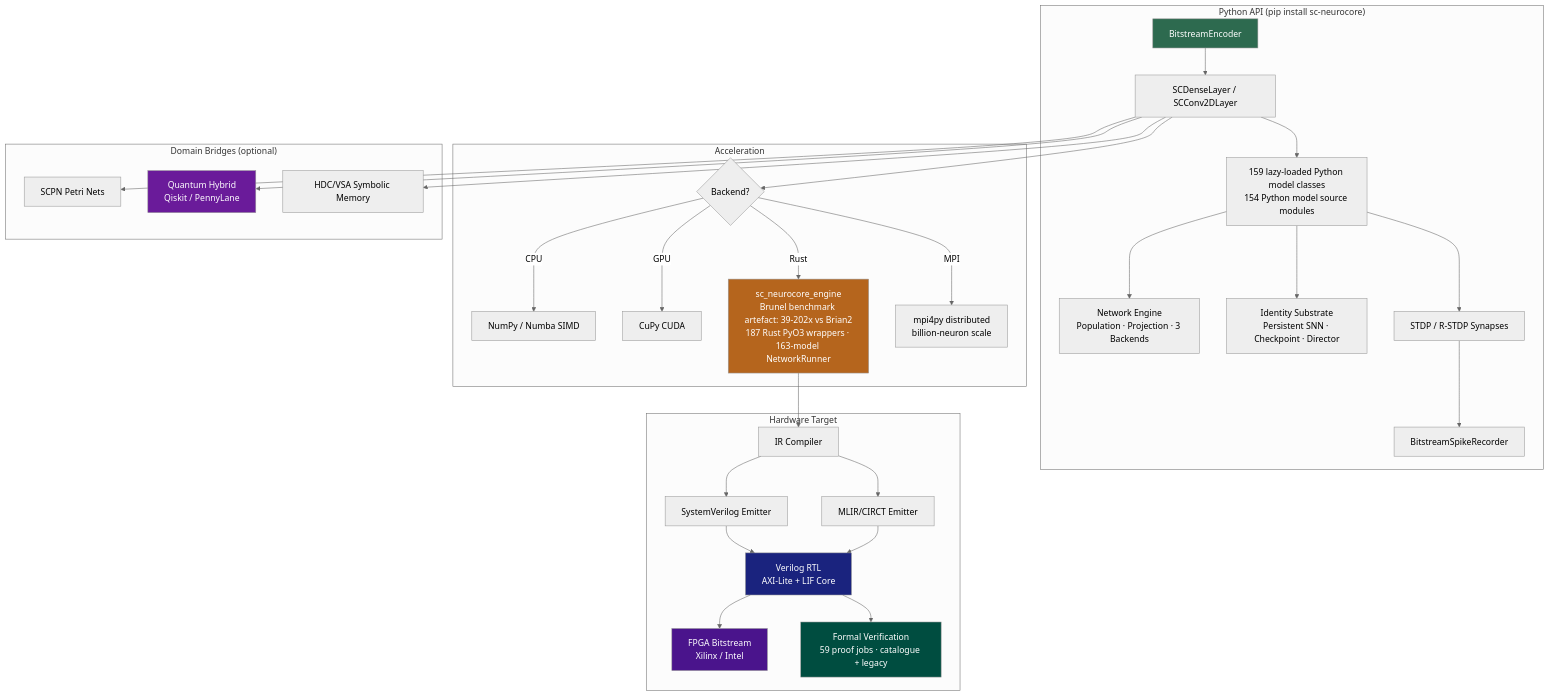
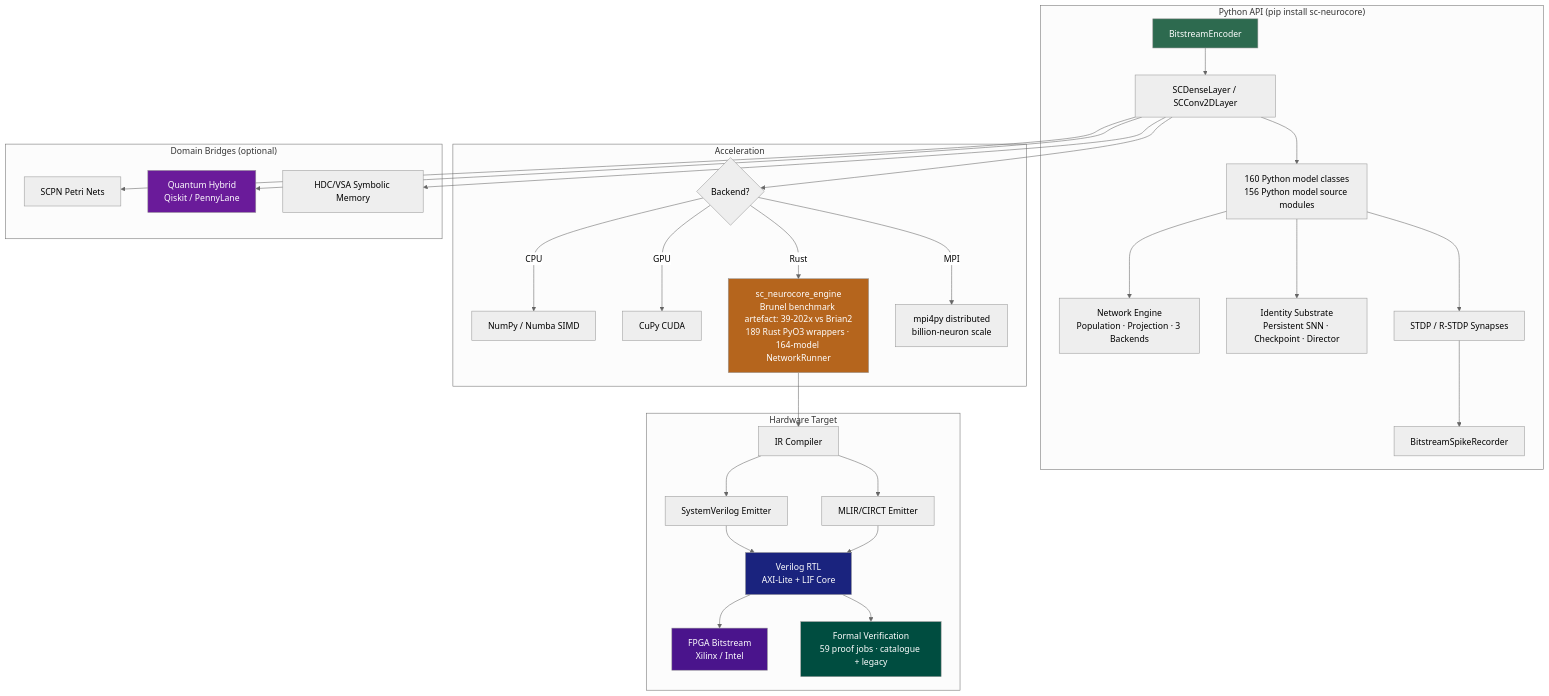
The diagram in README.md (anulum/sc-neurocore), drawn with Mermaid (neutral theme) before and after one commit. The commit also changed other lines of this file and 84 other files, not shown here.

````diff
--- a/README.md
+++ b/README.md
@@ -367,42 +367,42 @@
 ```mermaid
 graph TD
     subgraph "Python API (pip install sc-neurocore)"
         A[BitstreamEncoder] --> B[SCDenseLayer / SCConv2DLayer]
-        B --> C[159 lazy-loaded Python model classes<br/>154 Python model source modules]
+        B --> C[160 Python model classes<br/>156 Python model source modules]
         C --> NET[Network Engine<br/>Population · Projection · 3 Backends]
         C --> ID[Identity Substrate<br/>Persistent SNN · Checkpoint · Director]
         C --> D[STDP / R-STDP Synapses]
         D --> E[BitstreamSpikeRecorder]
     end
 
     subgraph "Acceleration"
         B --> F{Backend?}
         F -->|CPU| G[NumPy / Numba SIMD]
         F -->|GPU| H[CuPy CUDA]
-        F -->|Rust| I[sc_neurocore_engine<br/>Brunel benchmark artefact: 39-202x vs Brian2<br/>187 Rust PyO3 wrappers · 163-model NetworkRunner]
+        F -->|Rust| I[sc_neurocore_engine<br/>Brunel benchmark artefact: 39-202x vs Brian2<br/>189 Rust PyO3 wrappers · 164-model NetworkRunner]
         F -->|MPI| MPI[mpi4py distributed<br/>billion-neuron scale]
     end
 
     subgraph "Hardware Target"
         I --> J[IR Compiler]
         J --> K[SystemVerilog Emitter]
         J --> K2[MLIR/CIRCT Emitter]
         K --> L[Verilog RTL<br/>AXI-Lite + LIF Core]
         K2 --> L
         L --> M[FPGA Bitstream<br/>Xilinx / Intel]
         L --> V[Formal Verification<br/>59 proof jobs · catalogue + legacy]
     end
 
     subgraph "Domain Bridges (optional)"
         B --> N[SCPN Petri Nets]
         B --> O[Quantum Hybrid<br/>Qiskit / PennyLane]
         B --> P[HDC/VSA Symbolic Memory]
     end
 
     style A fill:#2d6a4f,color:#fff
     style I fill:#b5651d,color:#fff
     style L fill:#1a237e,color:#fff
     style M fill:#4a148c,color:#fff
     style O fill:#6a1b9a,color:#fff
     style V fill:#004d40,color:#fff
 ```
````
